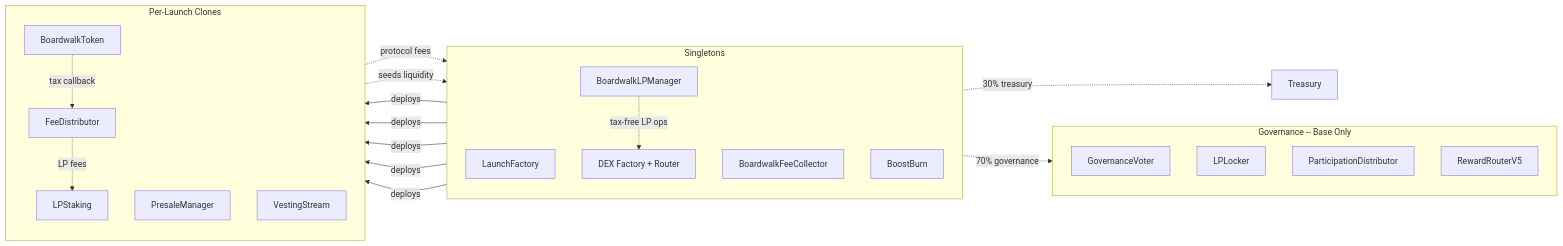
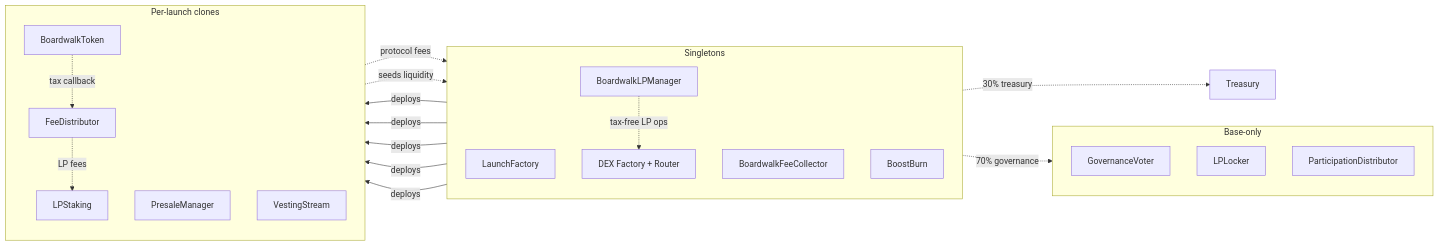
The diagram in README.md (useboardwalk/boardwalk-contracts), drawn with Mermaid before and after one commit. The commit also changed other lines of this file and 32 other files, not shown here.

````diff
--- a/README.md
+++ b/README.md
@@ -9,42 +11,41 @@
 ```mermaid
 graph LR
     subgraph SINGLETONS [Singletons]
         direction TB
         LF[LaunchFactory]
         LPM[BoardwalkLPManager]
         FC[BoardwalkFeeCollector]
         BB[BoostBurn]
         DEX[DEX Factory + Router]
     end
 
-    subgraph GOVERNANCE [Governance -- Base Only]
+    subgraph GOVERNANCE [Base-only]
         direction TB
         GV[GovernanceVoter]
         LPL[LPLocker]
         PD[ParticipationDistributor]
-        RR[RewardRouterV5]
     end
 
-    subgraph CLONES [Per-Launch Clones]
+    subgraph CLONES [Per-launch clones]
         direction TB
         TK[BoardwalkToken]
         FD[FeeDistributor]
         PM[PresaleManager]
         LS[LPStaking]
         VS[VestingStream]
     end
 
     LF -- deploys --> TK
     LF -- deploys --> FD
     LF -- deploys --> PM
     LF -- deploys --> LS
     LF -- deploys --> VS
 
     TK -. tax callback .-> FD
     FD -. LP fees .-> LS
     FD -. protocol fees .-> FC
-    FC -. "30% treasury" .-> TR[Treasury]
-    FC -. "70% governance" .-> GV
+    FC -. 30% treasury .-> TR[Treasury]
+    FC -. 70% governance .-> GV
     PM -. seeds liquidity .-> DEX
     LPM -. tax-free LP ops .-> DEX
 ```
````
